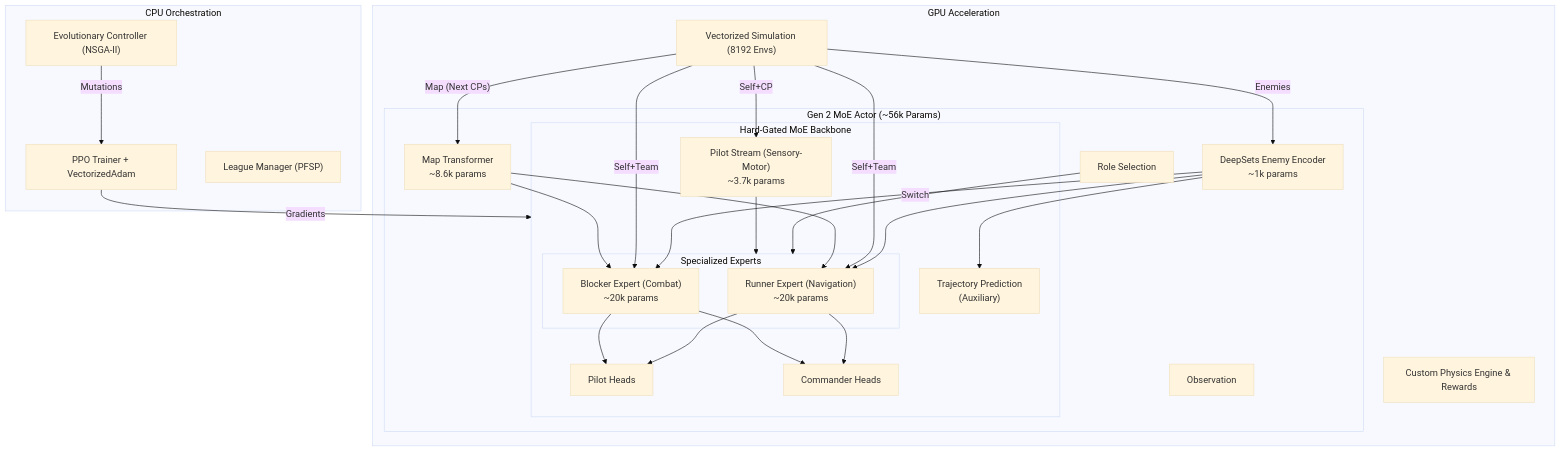
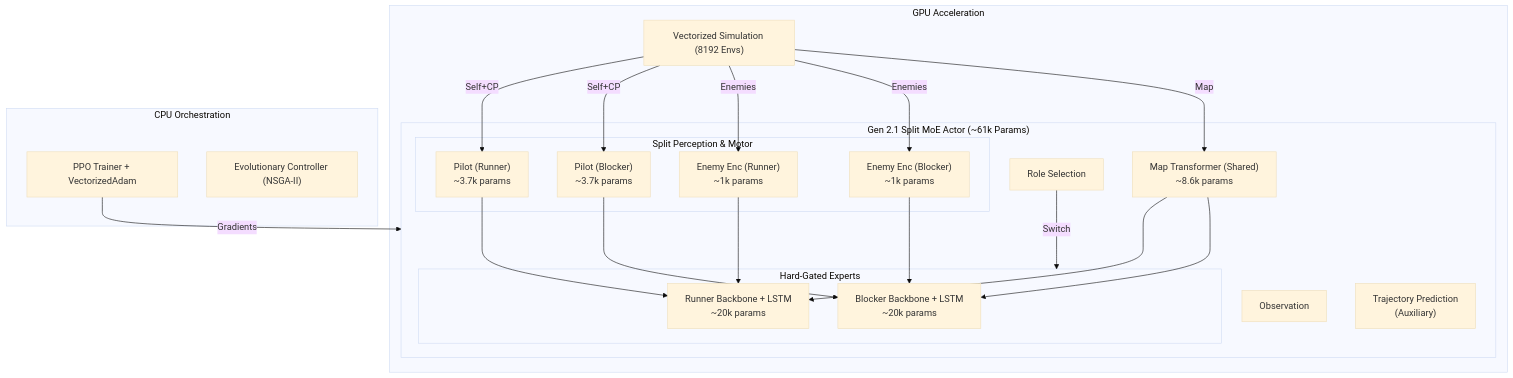
One commit to Vietnoirien/Sebulba-s-Legacy changed the diagram in docs/architecture.md. Above: the diagram before and after it, drawn with Mermaid (base theme). The commit also changed other lines of this file and 15 other files, not shown here.

First line of the commit message:
feat(arch): Implement Gen 2.1 Split Pilot & Encoder Architecture

````diff
--- a/docs/architecture.md
+++ b/docs/architecture.md
@@ -8,59 +8,53 @@
 ```mermaid
 graph TD
     subgraph GPU_ACC ["GPU Acceleration"]
         sim_vec["Vectorized Simulation (8192 Envs)"]
-        physics_eng["Custom Physics Engine & Rewards"]
         
-        subgraph agent_model ["Gen 2 MoE Actor (~56k Params)"]
+        subgraph agent_model ["Gen 2.1 Split MoE Actor (~61k Params)"]
             obs_input["Observation"]
             
-            subgraph moe_brain ["Hard-Gated MoE Backbone"]
-                pilot_feat["Pilot Stream (Sensory-Motor)<br/>~3.7k params"]
+            subgraph split_inputs ["Split Perception & Motor"]
+                pilot_run["Pilot (Runner)<br/>~3.7k params"]
+                pilot_blk["Pilot (Blocker)<br/>~3.7k params"]
                 
-                subgraph experts ["Specialized Experts"]
-                    run_exp["Runner Expert (Navigation)<br/>~20k params"]
-                    blk_exp["Blocker Expert (Combat)<br/>~20k params"]
-                end
-                
-                pred_head["Trajectory Prediction<br/>(Auxiliary)"]
-                
-                pilot_heads["Pilot Heads"]
-                cmd_heads["Commander Heads"]
+                enemy_run["Enemy Enc (Runner)<br/>~1k params"]
+                enemy_blk["Enemy Enc (Blocker)<br/>~1k params"]
             end
             
-            enemy_encoder["DeepSets Enemy Encoder<br/>~1k params"]
-            map_encoder["Map Transformer<br/>~8.6k params"]
+            map_encoder["Map Transformer (Shared)<br/>~8.6k params"]
             role_emb["Role Selection"]
+
+            subgraph experts ["Hard-Gated Experts"]
+                run_exp["Runner Backbone + LSTM<br/>~20k params"]
+                blk_exp["Blocker Backbone + LSTM<br/>~20k params"]
+            end
+            
+            pred_head["Trajectory Prediction<br/>(Auxiliary)"]
         end
     end
     
     subgraph CPU_ORCH ["CPU Orchestration"]
         ppo_trainer["PPO Trainer + VectorizedAdam"]
         ga_ctrl["Evolutionary Controller (NSGA-II)"]
-        league_mgr["League Manager (PFSP)"]
     end
     
-    sim_vec -- "Self+CP" --> pilot_feat
-    sim_vec -- "Enemies" --> enemy_encoder 
-    enemy_encoder --> run_exp
-    enemy_encoder --> blk_exp
-    enemy_encoder --> pred_head
+    sim_vec -- "Self+CP" --> pilot_run
+    sim_vec -- "Self+CP" --> pilot_blk
     
-    sim_vec -- "Self+Team" --> run_exp
-    sim_vec -- "Self+Team" --> blk_exp
+    sim_vec -- "Enemies" --> enemy_run
+    sim_vec -- "Enemies" --> enemy_blk
     
-    sim_vec -- "Map (Next CPs)" --> map_encoder
+    enemy_run --> run_exp
+    enemy_blk --> blk_exp
+    
+    sim_vec -- "Map" --> map_encoder
     map_encoder --> run_exp
     map_encoder --> blk_exp
     
+    pilot_run --> run_exp
+    pilot_blk --> blk_exp
+    
     role_emb -- "Switch" --> experts
     
-    pilot_feat --> experts
-    run_exp --> pilot_heads
-    run_exp --> cmd_heads
-    blk_exp --> pilot_heads
-    blk_exp --> cmd_heads
-    
-    ppo_trainer -- "Gradients" --> moe_brain
-    ga_ctrl -- "Mutations" --> ppo_trainer
+    ppo_trainer -- "Gradients" --> agent_model
 ```
````
